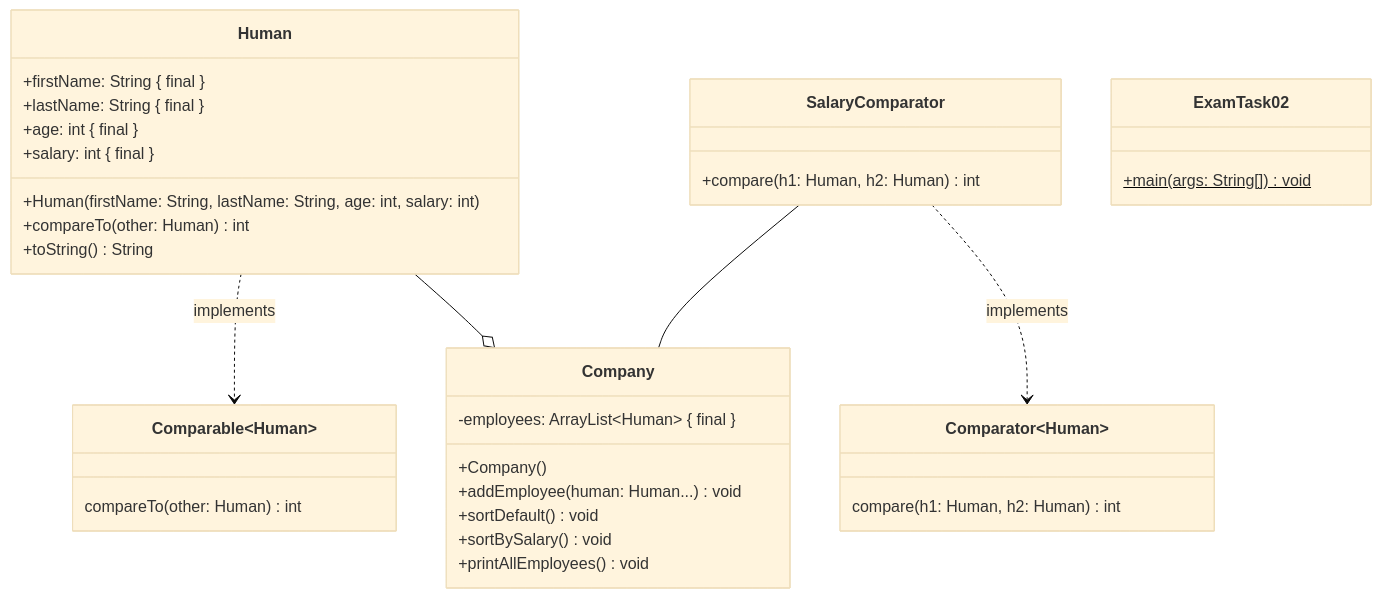
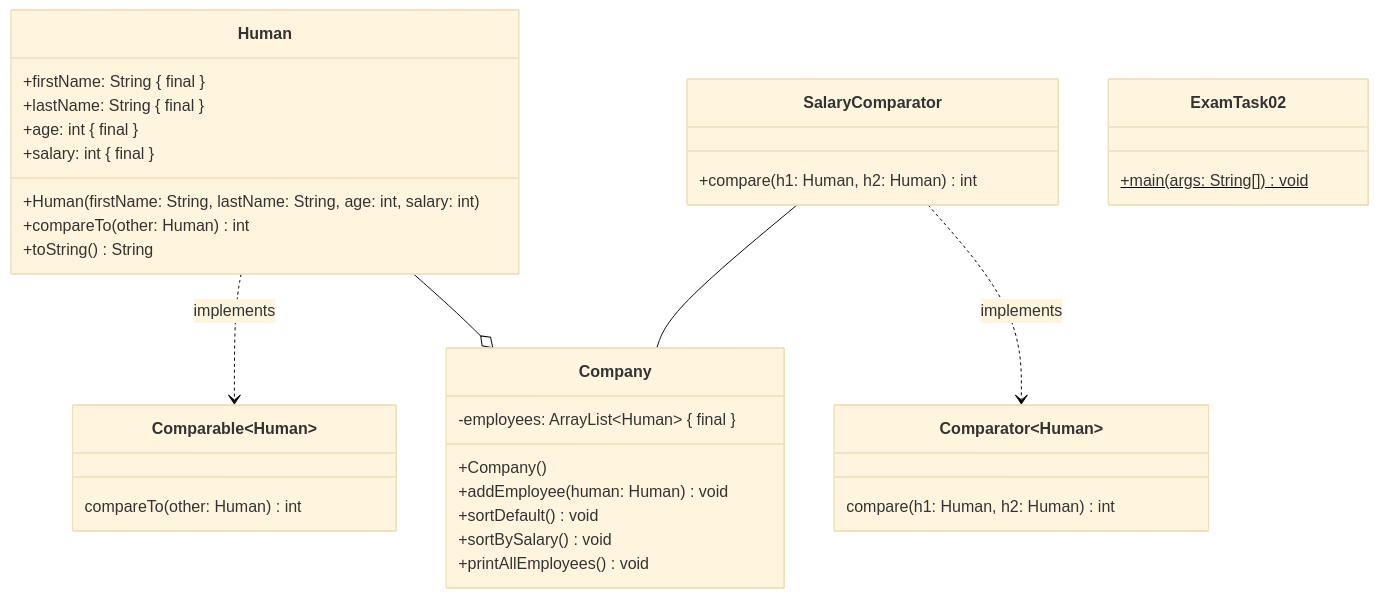
One commit to jappuccini/java-docs changed the second of 2 diagrams in docs/additional-material/steffen/java-1/exam-preparation/2024.mdx. Above: the diagram before and after it, drawn with Mermaid (base theme). The commit also changed other lines of this file and 5 other files, not shown here.

Commit message:
fix mermaid diagrams to match solution

````diff
--- a/docs/additional-material/steffen/java-1/exam-preparation/2024.mdx
+++ b/docs/additional-material/steffen/java-1/exam-preparation/2024.mdx
@@ -106,44 +106,44 @@
 ```mermaid
 classDiagram
   Human --o Company
   Human ..> Comparable~Human~ : implements
   SalaryComparator ..> Comparator~Human~ : implements
   SalaryComparator -- Company
 
   class Human {
     +firstName: String &lcub; final &rcub;
     +lastName: String &lcub; final &rcub;
     +age: int &lcub; final &rcub;
     +salary: int &lcub; final &rcub;
 
     +Human(firstName: String, lastName: String, age: int, salary: int)
     +compareTo(other: Human) int
     +toString() String
   }
 
   class Company {
     -employees: ArrayList~Human~ &lcub; final &rcub;
 
     +Company()
-    +addEmployee(human: Human...) void
+    +addEmployee(human: Human) void
     +sortDefault() void
     +sortBySalary() void
     +printAllEmployees() void
   }
 
   class SalaryComparator {
     +compare(h1: Human, h2: Human) int
   }
 
   class Comparator~Human~ {
     compare(h1: Human, h2: Human) int
   }
 
   class Comparable~Human~ {
     compareTo(other: Human) int
   }
 
   class ExamTask02 {
     +main(args: String[]) void$
   }
 ```
````
